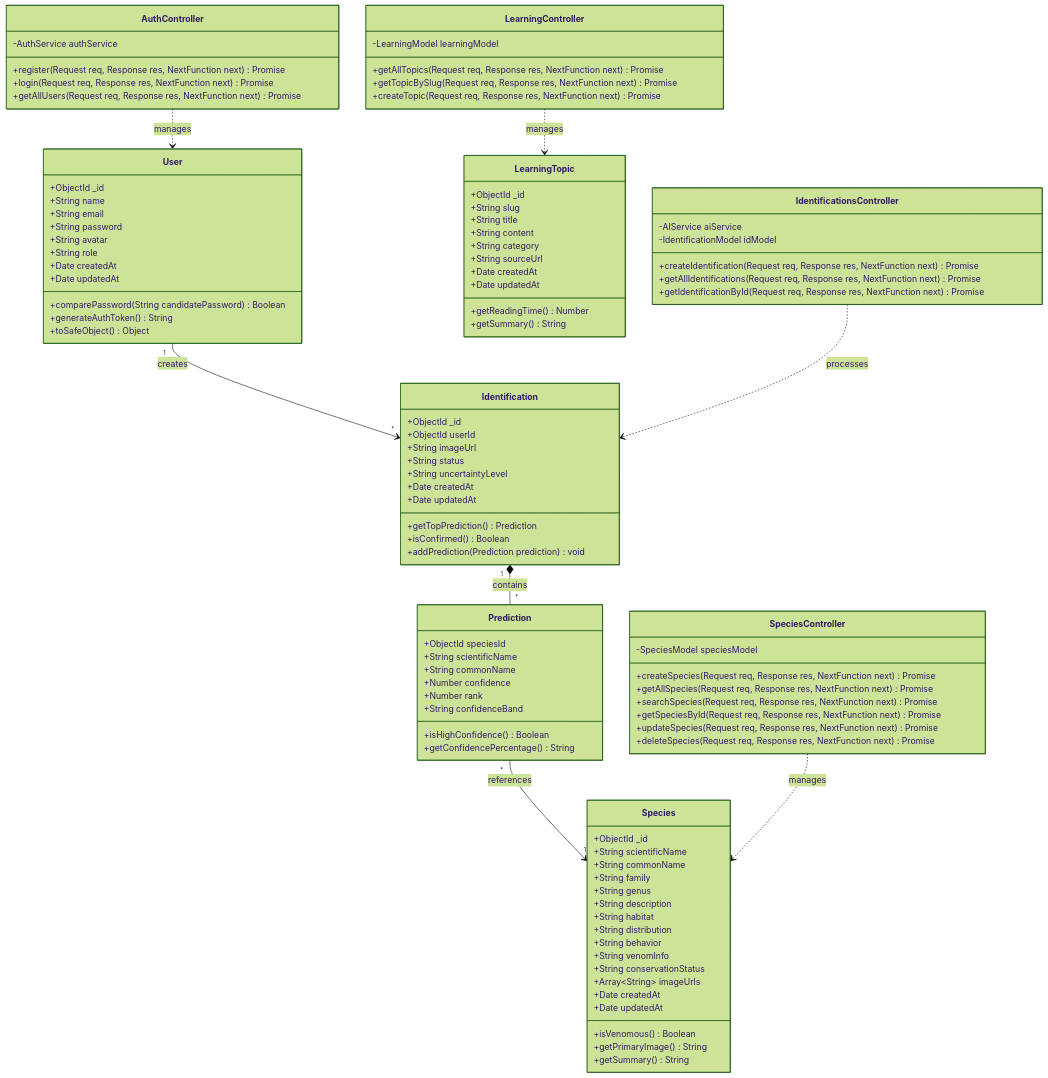
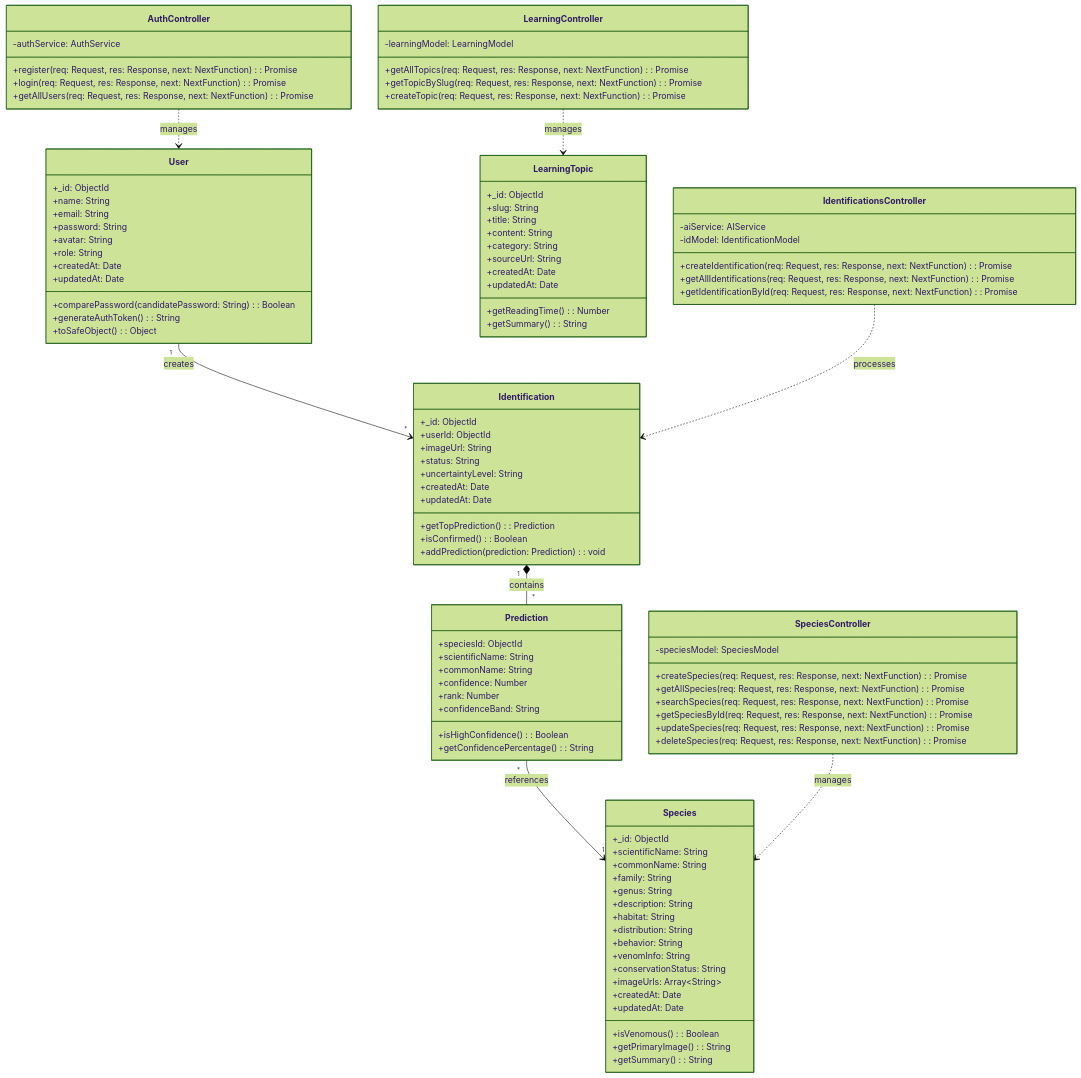
The diagram in daigram.mermaid (bleu-fire/redBack.ai), drawn with Mermaid (forest theme) before and after one commit. The commit also changed 10 other files, not shown here.

```diff
--- a/daigram.mermaid
+++ b/daigram.mermaid
@@ -1,155 +1,155 @@
 classDiagram
 direction TB
 
 %% ==========================================
-%% 1. MODELS / ENTITIES (Properties & Methods)
+%% 1. MODELS / ENTITIES (UML: property: Type)
 %% ==========================================
 
 class User {
     %% --- Properties (Attributes) ---
-    +ObjectId _id
-    +String name
-    +String email
-    +String password
-    +String avatar
-    +String role
-    +Date createdAt
-    +Date updatedAt
+    +_id: ObjectId
+    +name: String
+    +email: String
+    +password: String
+    +avatar: String
+    +role: String
+    +createdAt: Date
+    +updatedAt: Date
 
     %% --- Methods (Operations) ---
-    +comparePassword(String candidatePassword) Boolean
-    +generateAuthToken() String
-    +toSafeObject() Object
+    +comparePassword(candidatePassword: String): Boolean
+    +generateAuthToken(): String
+    +toSafeObject(): Object
 }
 
 class Species {
     %% --- Properties (Attributes) ---
-    +ObjectId _id
-    +String scientificName
-    +String commonName
-    +String family
-    +String genus
-    +String description
-    +String habitat
-    +String distribution
-    +String behavior
-    +String venomInfo
-    +String conservationStatus
-    +Array~String~ imageUrls
-    +Date createdAt
-    +Date updatedAt
+    +_id: ObjectId
+    +scientificName: String
+    +commonName: String
+    +family: String
+    +genus: String
+    +description: String
+    +habitat: String
+    +distribution: String
+    +behavior: String
+    +venomInfo: String
+    +conservationStatus: String
+    +imageUrls: Array~String~
+    +createdAt: Date
+    +updatedAt: Date
 
     %% --- Methods (Operations) ---
-    +isVenomous() Boolean
-    +getPrimaryImage() String
-    +getSummary() String
+    +isVenomous(): Boolean
+    +getPrimaryImage(): String
+    +getSummary(): String
 }
 
 class Identification {
     %% --- Properties (Attributes) ---
-    +ObjectId _id
-    +ObjectId userId
-    +String imageUrl
-    +String status
-    +String uncertaintyLevel
-    +Date createdAt
-    +Date updatedAt
+    +_id: ObjectId
+    +userId: ObjectId
+    +imageUrl: String
+    +status: String
+    +uncertaintyLevel: String
+    +createdAt: Date
+    +updatedAt: Date
 
     %% --- Methods (Operations) ---
-    +getTopPrediction() Prediction
-    +isConfirmed() Boolean
-    +addPrediction(Prediction prediction) void
+    +getTopPrediction(): Prediction
+    +isConfirmed(): Boolean
+    +addPrediction(prediction: Prediction): void
 }
 
 class Prediction {
     %% --- Properties (Attributes) ---
-    +ObjectId speciesId
-    +String scientificName
-    +String commonName
-    +Number confidence
-    +Number rank
-    +String confidenceBand
+    +speciesId: ObjectId
+    +scientificName: String
+    +commonName: String
+    +confidence: Number
+    +rank: Number
+    +confidenceBand: String
 
     %% --- Methods (Operations) ---
-    +isHighConfidence() Boolean
-    +getConfidencePercentage() String
+    +isHighConfidence(): Boolean
+    +getConfidencePercentage(): String
 }
 
 class LearningTopic {
     %% --- Properties (Attributes) ---
-    +ObjectId _id
-    +String slug
-    +String title
-    +String content
-    +String category
-    +String sourceUrl
-    +Date createdAt
-    +Date updatedAt
+    +_id: ObjectId
+    +slug: String
+    +title: String
+    +content: String
+    +category: String
+    +sourceUrl: String
+    +createdAt: Date
+    +updatedAt: Date
 
     %% --- Methods (Operations) ---
-    +getReadingTime() Number
-    +getSummary() String
+    +getReadingTime(): Number
+    +getSummary(): String
 }
 
 %% ==========================================
-%% 2. CONTROLLERS (Properties & Methods)
+%% 2. CONTROLLERS (UML: property: Type)
 %% ==========================================
 
 class AuthController {
     %% --- Properties (Dependencies) ---
-    -AuthService authService
+    -authService: AuthService
 
     %% --- Methods (API Handlers) ---
-    +register(Request req, Response res, NextFunction next) Promise
-    +login(Request req, Response res, NextFunction next) Promise
-    +getAllUsers(Request req, Response res, NextFunction next) Promise
+    +register(req: Request, res: Response, next: NextFunction): Promise
+    +login(req: Request, res: Response, next: NextFunction): Promise
+    +getAllUsers(req: Request, res: Response, next: NextFunction): Promise
 }
 
 class SpeciesController {
     %% --- Properties (Dependencies) ---
-    -SpeciesModel speciesModel
+    -speciesModel: SpeciesModel
 
     %% --- Methods (API Handlers) ---
-    +createSpecies(Request req, Response res, NextFunction next) Promise
-    +getAllSpecies(Request req, Response res, NextFunction next) Promise
-    +searchSpecies(Request req, Response res, NextFunction next) Promise
-    +getSpeciesById(Request req, Response res, NextFunction next) Promise
-    +updateSpecies(Request req, Response res, NextFunction next) Promise
-    +deleteSpecies(Request req, Response res, NextFunction next) Promise
+    +createSpecies(req: Request, res: Response, next: NextFunction): Promise
+    +getAllSpecies(req: Request, res: Response, next: NextFunction): Promise
+    +searchSpecies(req: Request, res: Response, next: NextFunction): Promise
+    +getSpeciesById(req: Request, res: Response, next: NextFunction): Promise
+    +updateSpecies(req: Request, res: Response, next: NextFunction): Promise
+    +deleteSpecies(req: Request, res: Response, next: NextFunction): Promise
 }
 
 class IdentificationsController {
     %% --- Properties (Dependencies) ---
-    -AIService aiService
-    -IdentificationModel idModel
+    -aiService: AIService
+    -idModel: IdentificationModel
 
     %% --- Methods (API Handlers) ---
-    +createIdentification(Request req, Response res, NextFunction next) Promise
-    +getAllIdentifications(Request req, Response res, NextFunction next) Promise
-    +getIdentificationById(Request req, Response res, NextFunction next) Promise
+    +createIdentification(req: Request, res: Response, next: NextFunction): Promise
+    +getAllIdentifications(req: Request, res: Response, next: NextFunction): Promise
+    +getIdentificationById(req: Request, res: Response, next: NextFunction): Promise
 }
 
 class LearningController {
     %% --- Properties (Dependencies) ---
-    -LearningModel learningModel
+    -learningModel: LearningModel
 
     %% --- Methods (API Handlers) ---
-    +getAllTopics(Request req, Response res, NextFunction next) Promise
-    +getTopicBySlug(Request req, Response res, NextFunction next) Promise
-    +createTopic(Request req, Response res, NextFunction next) Promise
+    +getAllTopics(req: Request, res: Response, next: NextFunction): Promise
+    +getTopicBySlug(req: Request, res: Response, next: NextFunction): Promise
+    +createTopic(req: Request, res: Response, next: NextFunction): Promise
 }
 
 %% ==========================================
 %% 3. RELATIONSHIPS
 %% ==========================================
 
 %% Model Relationships
 User "1" --> "*" Identification : creates
 Identification "1" *-- "*" Prediction : contains
 Prediction "*" --> "1" Species : references
 
 %% Controller to Model Dependencies
 AuthController ..> User : manages
 SpeciesController ..> Species : manages
 IdentificationsController ..> Identification : processes
 LearningController ..> LearningTopic : manages
```
